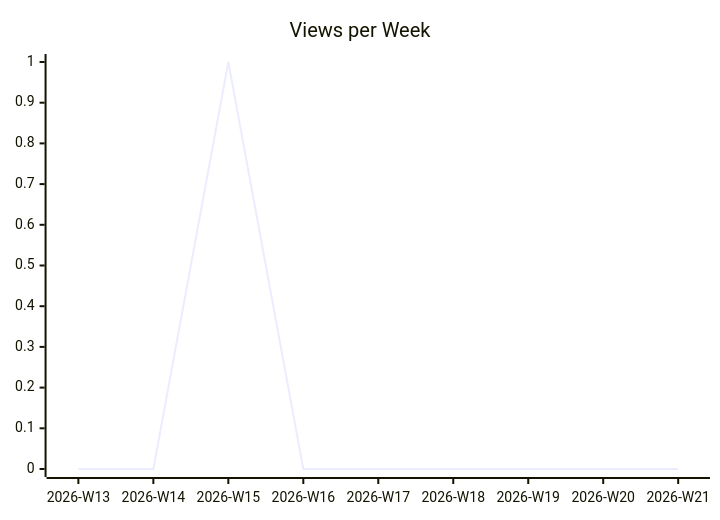
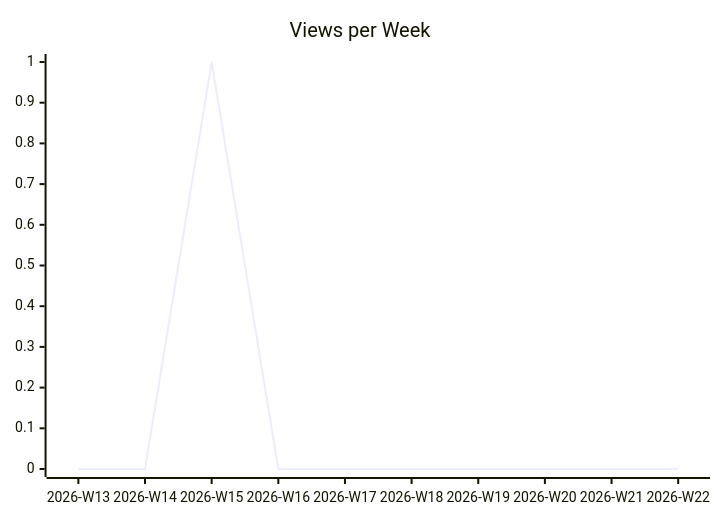
Before and after one commit to justdavis-family/github-analytics-data: the second of 3 diagrams in karlmdavis/obsidian-operator/README.md, drawn with Mermaid. The commit also changed other lines of this file and 190 other files, not shown here.

````diff
--- a/karlmdavis/obsidian-operator/README.md
+++ b/karlmdavis/obsidian-operator/README.md
@@ -12,6 +12,6 @@
 ```mermaid
 xychart-beta
   title "Views per Week"
-  x-axis ["2026-W13", "2026-W14", "2026-W15", "2026-W16", "2026-W17", "2026-W18", "2026-W19", "2026-W20", "2026-W21"]
-  line [0, 0, 1, 0, 0, 0, 0, 0, 0]
+  x-axis ["2026-W13", "2026-W14", "2026-W15", "2026-W16", "2026-W17", "2026-W18", "2026-W19", "2026-W20", "2026-W21", "2026-W22"]
+  line [0, 0, 1, 0, 0, 0, 0, 0, 0, 0]
 ```
````
